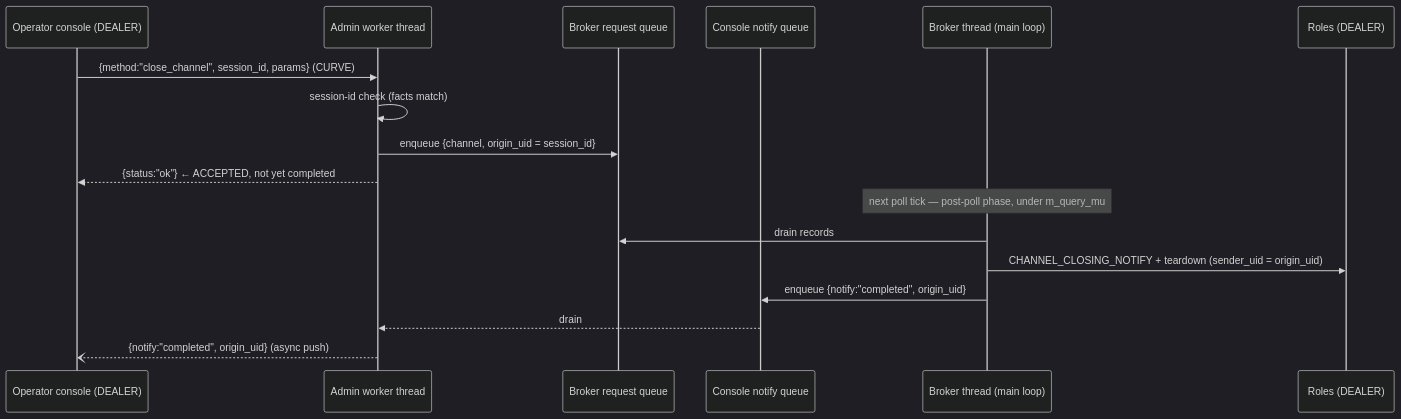
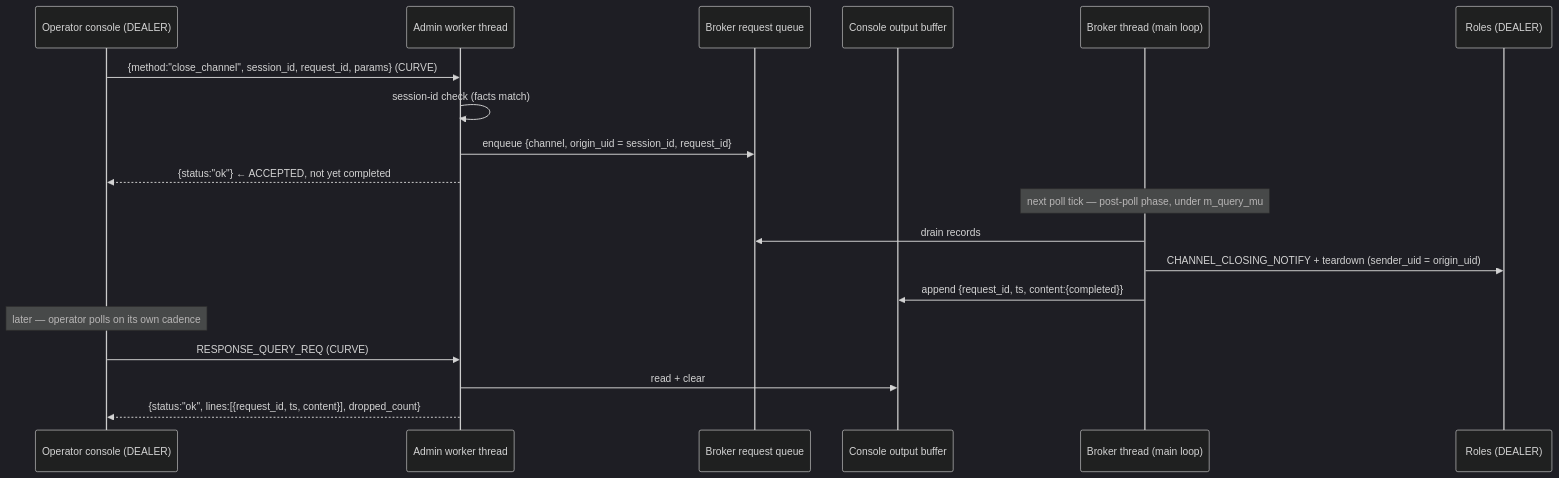
One commit to Qing-LAB/pylabhub changed the eighth of 16 diagrams in docs/HEP/HEP-CORE-0033-Hub-Character.md. Above: the diagram before and after it, drawn with Mermaid (dark theme). The commit also changed other lines of this file and 3 other files, not shown here.

````diff
--- a/docs/HEP/HEP-CORE-0033-Hub-Character.md
+++ b/docs/HEP/HEP-CORE-0033-Hub-Character.md
@@ -1712,20 +1716,22 @@
 ```mermaid
 sequenceDiagram
     participant OP as Operator console (DEALER)
     participant AT as Admin worker thread
     participant Q as Broker request queue
-    participant NQ as Console notify queue
+    participant BUF as Console output buffer
     participant BT as Broker thread (main loop)
     participant R as Roles (DEALER)
 
-    OP->>AT: {method:"close_channel", session_id, params}  (CURVE)
+    OP->>AT: {method:"close_channel", session_id, request_id, params}  (CURVE)
     AT->>AT: session-id check (facts match)
-    AT->>Q: enqueue {channel, origin_uid = session_id}
+    AT->>Q: enqueue {channel, origin_uid = session_id, request_id}
     AT-->>OP: {status:"ok"}  ← ACCEPTED, not yet completed
     Note over BT: next poll tick — post-poll phase, under m_query_mu
     BT->>Q: drain records
     BT->>R: CHANNEL_CLOSING_NOTIFY + teardown  (sender_uid = origin_uid)
-    BT->>NQ: enqueue {notify:"completed", origin_uid}
-    NQ-->>AT: drain
-    AT--)OP: {notify:"completed", origin_uid}  (async push)
+    BT->>BUF: append {request_id, ts, content:{completed}}
+    Note over OP: later — operator polls on its own cadence
+    OP->>AT: RESPONSE_QUERY_REQ  (CURVE)
+    AT->>BUF: read + clear
+    AT-->>OP: {status:"ok", lines:[{request_id, ts, content}], dropped_count}
 ```
````
